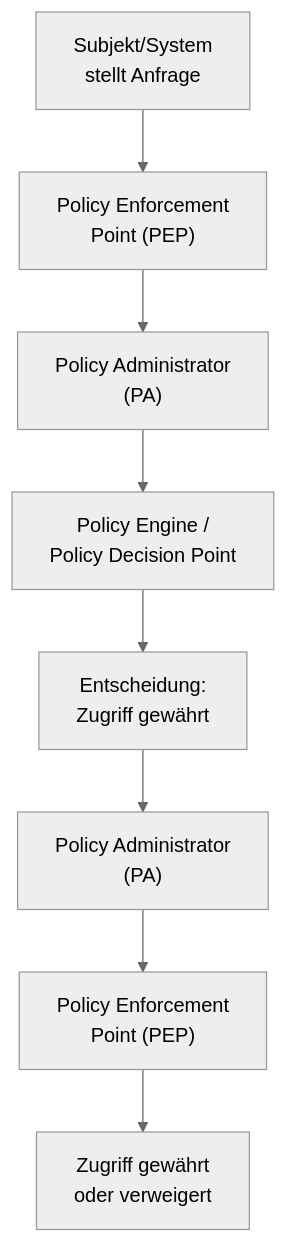
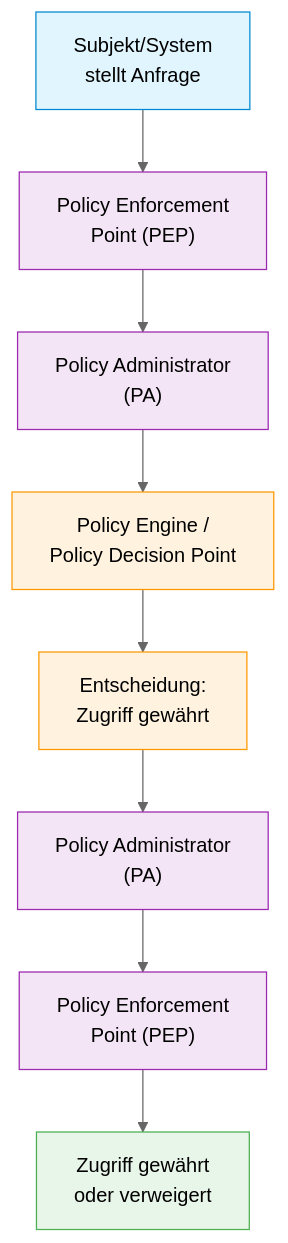
The diagram in docs/1_Allgemeine_Sicherheitskonzepte/1.24_Zero_Trust.md (gw-ai-security/CompTIA-Security-SY0-70-Vorbereitung), drawn with Mermaid (neutral theme) before and after one commit.

````diff
--- a/docs/1_Allgemeine_Sicherheitskonzepte/1.24_Zero_Trust.md
+++ b/docs/1_Allgemeine_Sicherheitskonzepte/1.24_Zero_Trust.md
@@ -116,11 +116,25 @@
 ```mermaid
 flowchart TD
     A["Subjekt/System\nstellt Anfrage"] --> B["Policy Enforcement\nPoint (PEP)"]
     B --> C["Policy Administrator\n(PA)"]
     C --> D["Policy Engine /\nPolicy Decision Point"]
     D --> E["Entscheidung:\nZugriff gewährt"]
     E --> F["Policy Administrator\n(PA)"]
     F --> G["Policy Enforcement\nPoint (PEP)"]
     G --> H["Zugriff gewährt\noder verweigert"]
+    
+    A:::start
+    B:::process
+    C:::process
+    D:::decision
+    E:::decision
+    F:::process
+    G:::process
+    H:::finale
+    
+    classDef start fill:#e1f5fe,stroke:#0288d1
+    classDef process fill:#f3e5f5,stroke:#9c27b0
+    classDef decision fill:#fff3e0,stroke:#ff9800
+    classDef finale fill:#e8f5e9,stroke:#4caf50
 
 ```
````
